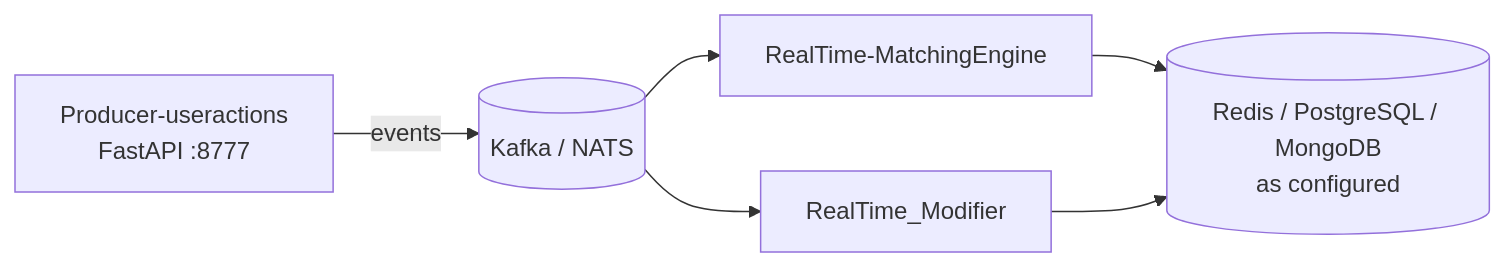
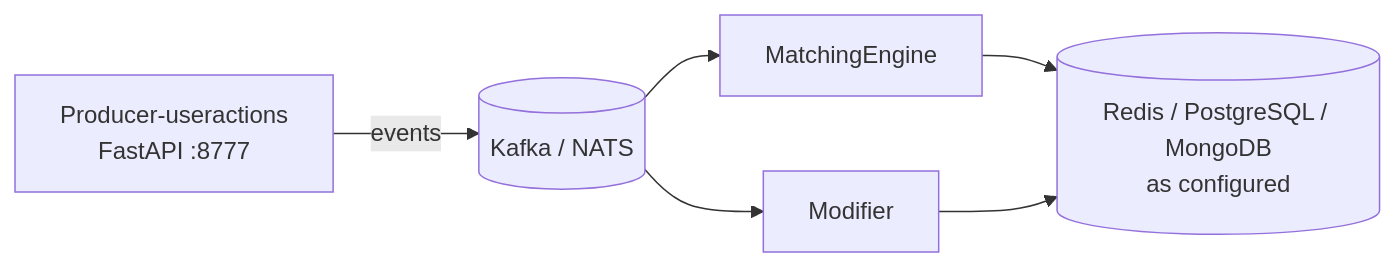
The diagram in README.md (muneebsultan/trading-matching-monorepo), drawn with Mermaid before and after one commit. The commit also changed other lines of this file, not shown here.

````diff
--- a/README.md
+++ b/README.md
@@ -17,12 +17,12 @@
 ```mermaid
 flowchart LR
   API[Producer-useractions\nFastAPI :8777]
-  MOD[RealTime_Modifier]
-  ME[RealTime-MatchingEngine]
+  MOD[Modifier]
+  ME[MatchingEngine]
 
   API -->|events| BUS[(Kafka / NATS)]
   BUS --> MOD
   BUS --> ME
   ME --> STORE[(Redis / PostgreSQL / MongoDB\nas configured)]
   MOD --> STORE
 ```
````
